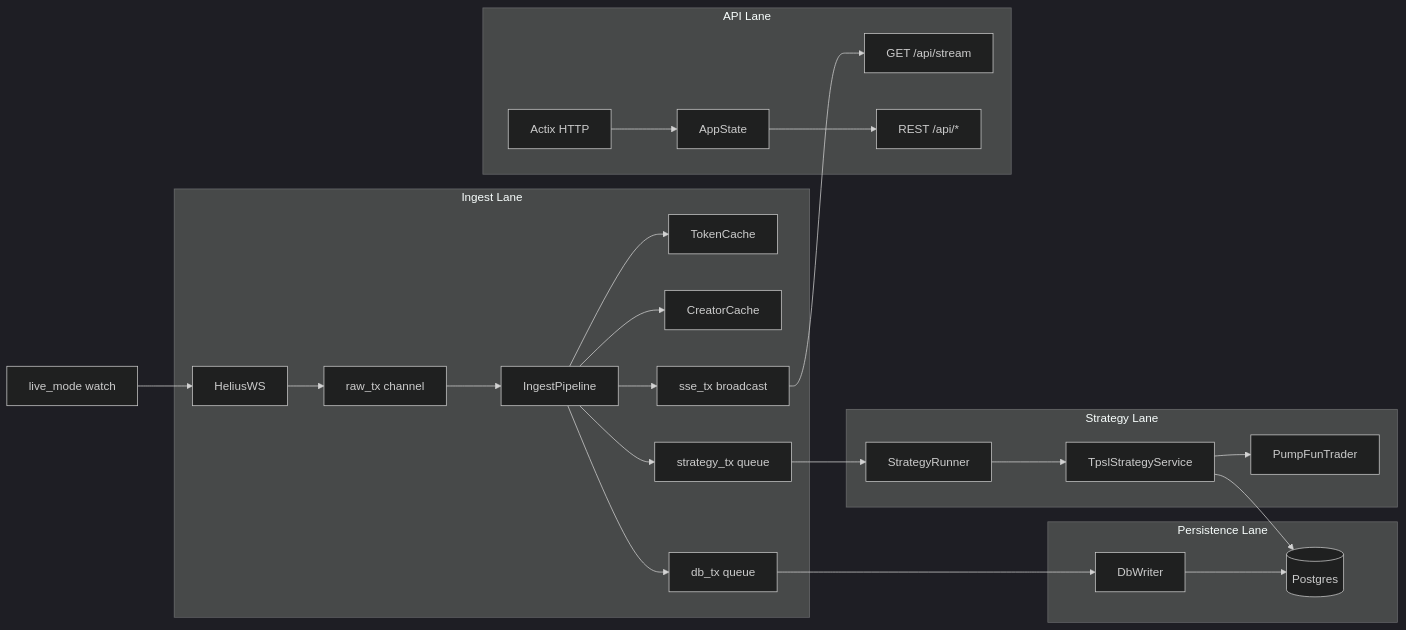
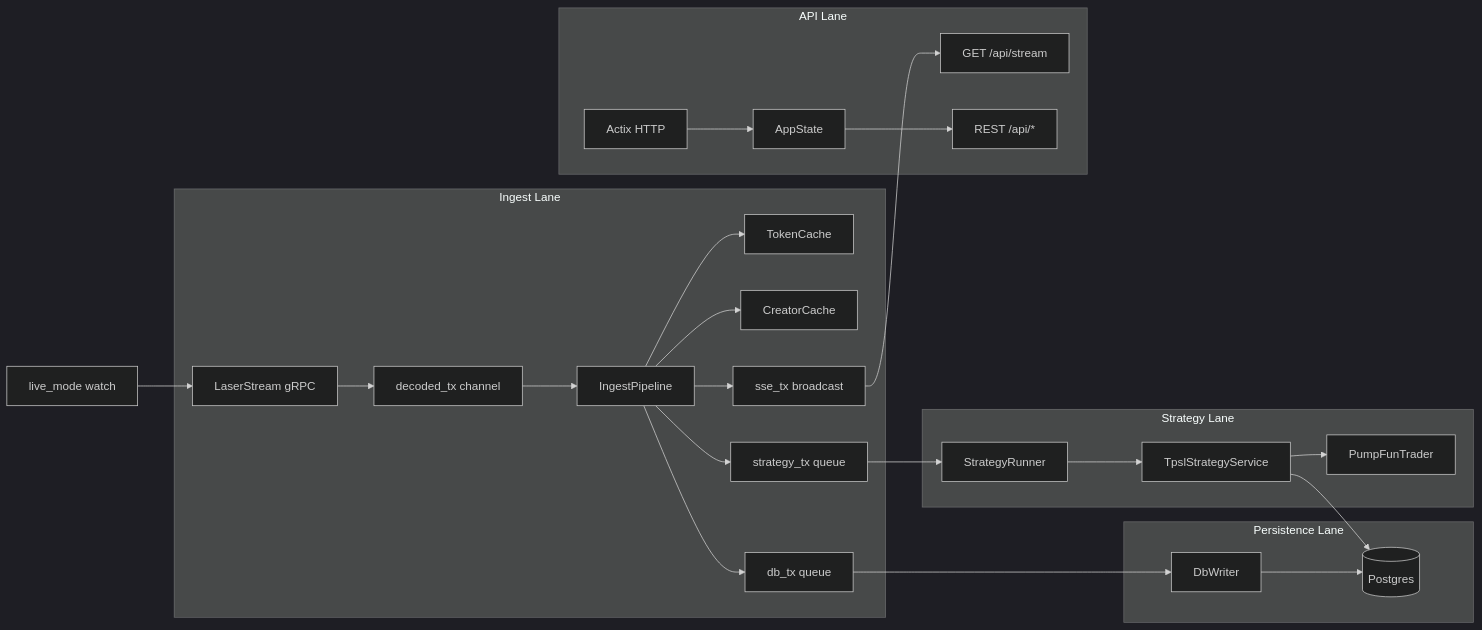
The diagram in .cursor/plans/backend_workflow_overview_639ccd11.plan.md (daan-noel/trade-launch-bot), drawn with Mermaid (dark theme) before and after one commit. The commit also changed other lines of this file and 9 other files, not shown here.

````diff
--- a/.cursor/plans/backend_workflow_overview_639ccd11.plan.md
+++ b/.cursor/plans/backend_workflow_overview_639ccd11.plan.md
@@ -21,32 +21,32 @@
 ```mermaid
 flowchart LR
     subgraph ingest [Ingest Lane]
-        WS[HeliusWS] --> RawQ[raw_tx channel]
+        LS[LaserStream gRPC] --> RawQ[decoded_tx channel]
         RawQ --> Pipeline[IngestPipeline]
         Pipeline --> TokenCache[TokenCache]
         Pipeline --> CreatorCache[CreatorCache]
         Pipeline --> DbQ[db_tx queue]
         Pipeline --> StratQ[strategy_tx queue]
         Pipeline --> SSE[sse_tx broadcast]
     end
 
     subgraph persist [Persistence Lane]
         DbQ --> DbWriter[DbWriter]
         DbWriter --> PG[(Postgres)]
     end
 
     subgraph strategy [Strategy Lane]
         StratQ --> Runner[StrategyRunner]
         Runner --> TPSL[TpslStrategyService]
         TPSL --> Trader[PumpFunTrader]
         TPSL --> PG
     end
 
     subgraph api [API Lane]
         HTTP[Actix HTTP] --> AppState
         SSE --> StreamHandler["GET /api/stream"]
         AppState --> Handlers["REST /api/*"]
     end
 
-    LiveMode[live_mode watch] --> WS
+    LiveMode[live_mode watch] --> LS
 ```
````
